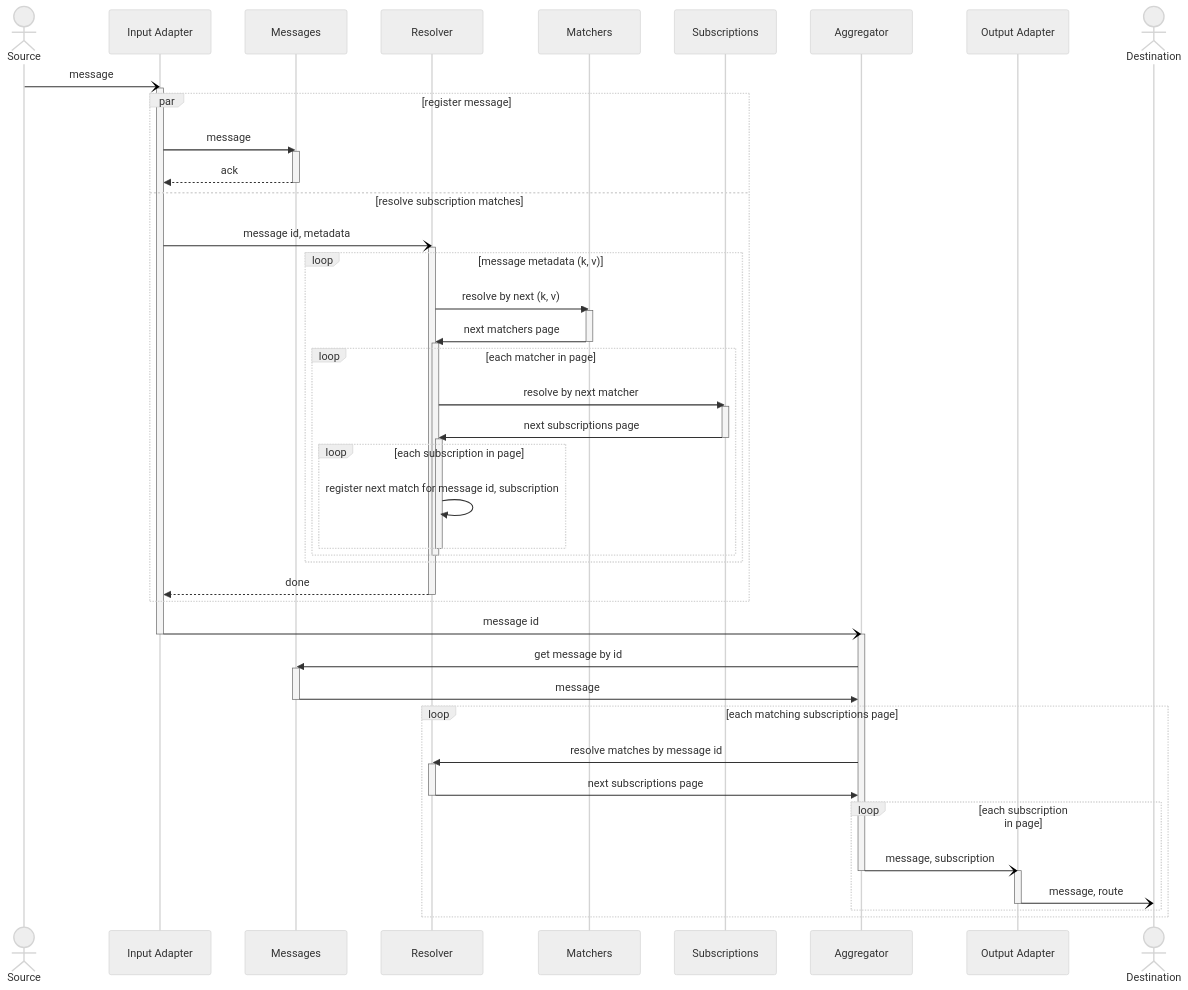
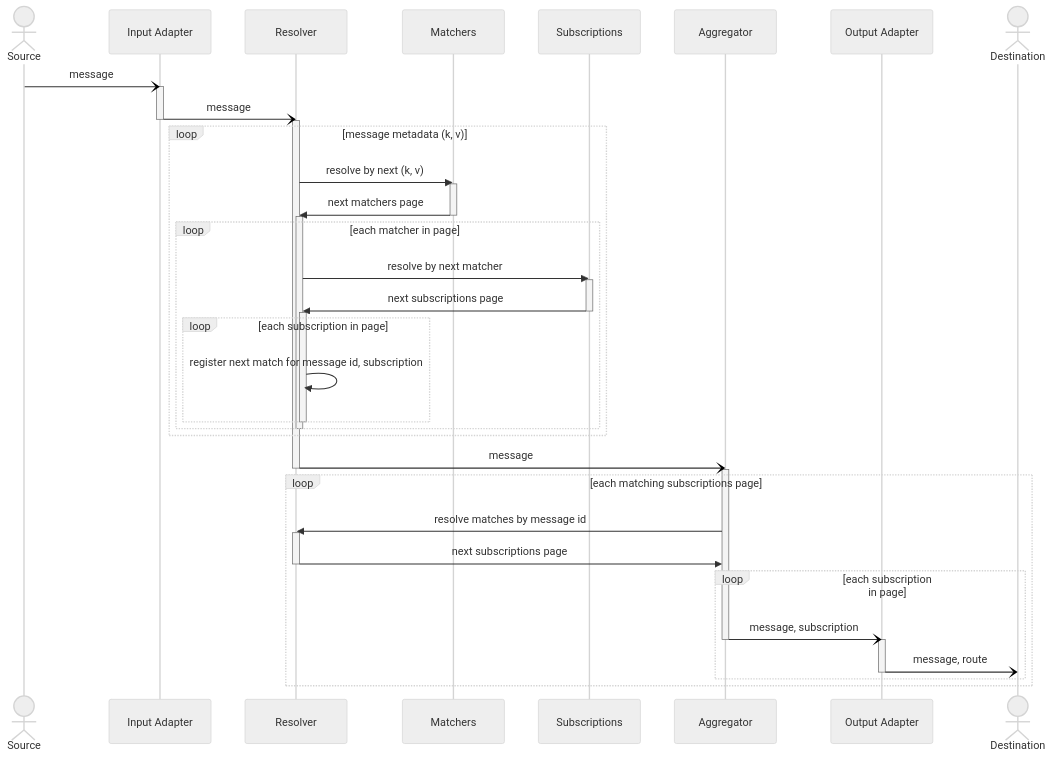
Before and after one commit to awakari/.github: the diagram in profile/README.md, drawn with Mermaid.

```diff
--- a/profile/README.md
+++ b/profile/README.md
@@ -8,7 +8,6 @@
 
     actor Source
     participant Input Adapter
-    participant Messages
     participant Resolver
     participant Matchers
     participant Subscriptions
@@ -18,59 +17,40 @@
 
     Source-)Input Adapter: message
     activate Input Adapter
+        
+    Input Adapter-)Resolver: message
+    deactivate Input Adapter
+    activate Resolver
     
-    par register message
+    loop message metadata (k, v)
     
-        Input Adapter->>Messages: message
-        activate Messages
-        Messages-->>Input Adapter: ack
-        deactivate Messages
+        Resolver->>Matchers: resolve by next (k, v)
+        activate Matchers
+        Matchers->>Resolver: next matchers page
+        deactivate Matchers
         
-    and resolve subscription matches
-    
-        Input Adapter-)Resolver: message id, metadata
         activate Resolver
-        
-        loop message metadata (k, v)
-        
-            Resolver->>Matchers: resolve by next (k, v)
-            activate Matchers
-            Matchers->>Resolver: next matchers page
-            deactivate Matchers
+        loop each matcher in page
+            
+            Resolver->>Subscriptions: resolve by next matcher
+            activate Subscriptions
+            Subscriptions->>Resolver: next subscriptions page
+            deactivate Subscriptions
             
             activate Resolver
-            loop each matcher in page
-                
-                Resolver->>Subscriptions: resolve by next matcher
-                activate Subscriptions
-                Subscriptions->>Resolver: next subscriptions page
-                deactivate Subscriptions
-                
-                activate Resolver
-                loop each subscription in page
-                    Resolver->>Resolver: register next match for message id, subscription
-                end
-                deactivate Resolver
-                
+            loop each subscription in page
+                Resolver->>Resolver: register next match for message id, subscription
             end
             deactivate Resolver
+            
         end
+        deactivate Resolver
+    end
         
-        Resolver-->>Input Adapter: done
-        deactivate Resolver
-    
-    end
-    
-    Input Adapter-)Aggregator: message id
-    deactivate Input Adapter
+    Resolver-)Aggregator: message
+    deactivate Resolver
 
     activate Aggregator
-    
-    Aggregator->>Messages: get message by id
-    activate Messages
-    Messages->>Aggregator: message
-    deactivate Messages
-    
     loop each matching subscriptions page
         
         Aggregator->>Resolver: resolve matches by message id
```
